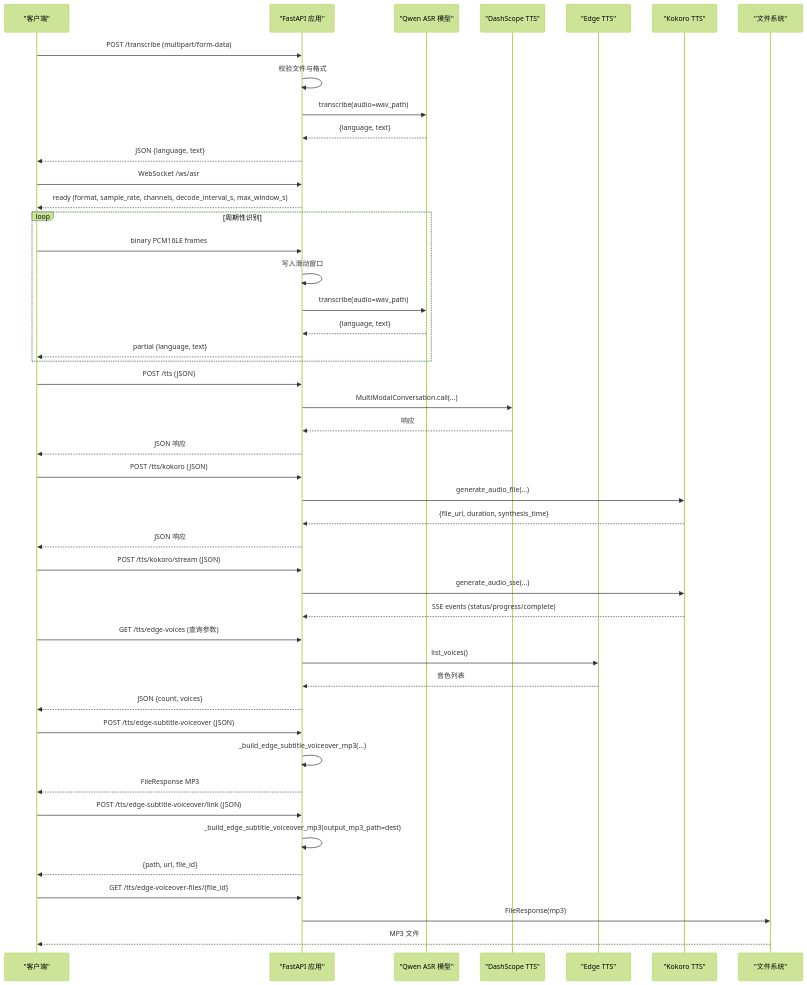
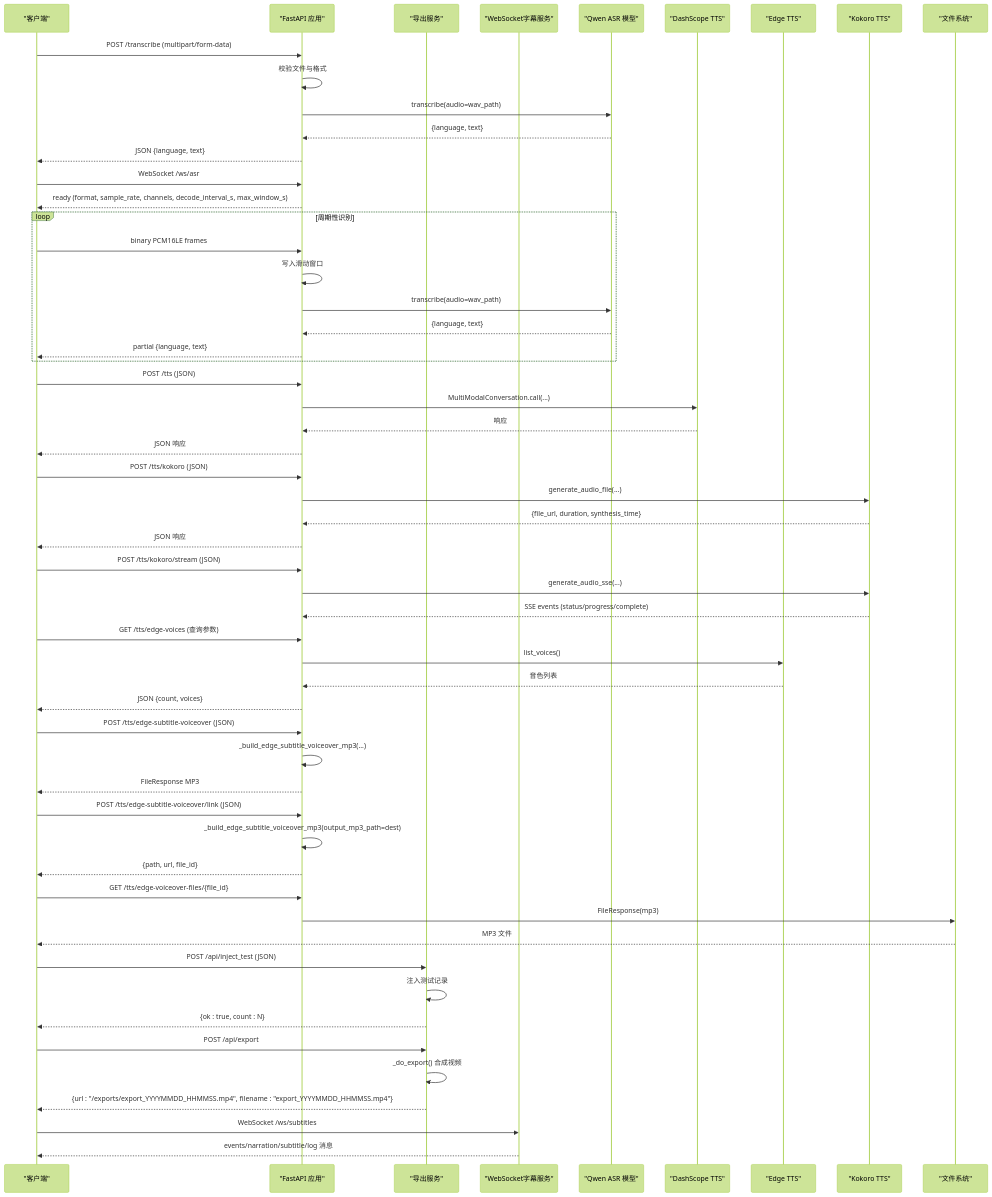
The second of 5 diagrams in .qoder/repowiki/zh/content/后端服务架构/API端点设计.md (1024dashen/Vue3Speech), drawn with Mermaid (forest theme) before and after one commit. The commit also changed other lines of this file and 15 other files, not shown here.

````diff
--- a/.qoder/repowiki/zh/content/后端服务架构/API端点设计.md
+++ b/.qoder/repowiki/zh/content/后端服务架构/API端点设计.md
@@ -115,48 +132,58 @@
 ```mermaid
 sequenceDiagram
 participant Client as "客户端"
 participant API as "FastAPI 应用"
+participant Export as "导出服务"
+participant WS as "WebSocket字幕服务"
 participant ASR as "Qwen ASR 模型"
 participant TTS as "DashScope TTS"
 participant Edge as "Edge TTS"
 participant Kokoro as "Kokoro TTS"
 participant FS as "文件系统"
 Client->>API : POST /transcribe (multipart/form-data)
 API->>API : 校验文件与格式
 API->>ASR : transcribe(audio=wav_path)
 ASR-->>API : {language, text}
 API-->>Client : JSON {language, text}
 Client->>API : WebSocket /ws/asr
 API-->>Client : ready (format, sample_rate, channels, decode_interval_s, max_window_s)
 loop 周期性识别
 Client->>API : binary PCM16LE frames
 API->>API : 写入滑动窗口
 API->>ASR : transcribe(audio=wav_path)
 ASR-->>API : {language, text}
 API-->>Client : partial {language, text}
 end
 Client->>API : POST /tts (JSON)
 API->>TTS : MultiModalConversation.call(...)
 TTS-->>API : 响应
 API-->>Client : JSON 响应
 Client->>API : POST /tts/kokoro (JSON)
 API->>Kokoro : generate_audio_file(...)
 Kokoro-->>API : {file_url, duration, synthesis_time}
 API-->>Client : JSON 响应
 Client->>API : POST /tts/kokoro/stream (JSON)
 API->>Kokoro : generate_audio_sse(...)
 Kokoro-->>API : SSE events (status/progress/complete)
 Client->>API : GET /tts/edge-voices (查询参数)
 API->>Edge : list_voices()
 Edge-->>API : 音色列表
 API-->>Client : JSON {count, voices}
 Client->>API : POST /tts/edge-subtitle-voiceover (JSON)
 API->>API : _build_edge_subtitle_voiceover_mp3(...)
 API-->>Client : FileResponse MP3
 Client->>API : POST /tts/edge-subtitle-voiceover/link (JSON)
 API->>API : _build_edge_subtitle_voiceover_mp3(output_mp3_path=dest)
 API-->>Client : {path, url, file_id}
 Client->>API : GET /tts/edge-voiceover-files/{file_id}
 API->>FS : FileResponse(mp3)
 FS-->>Client : MP3 文件
+Client->>Export : POST /api/inject_test (JSON)
+Export->>Export : 注入测试记录
+Export-->>Client : {ok : true, count : N}
+Client->>Export : POST /api/export
+Export->>Export : _do_export() 合成视频
+Export-->>Client : {url : "/exports/export_YYYYMMDD_HHMMSS.mp4", filename : "export_YYYYMMDD_HHMMSS.mp4"}
+Client->>WS : WebSocket /ws/subtitles
+WS-->>Client : events/narration/subtitle/log 消息
 ```
````
